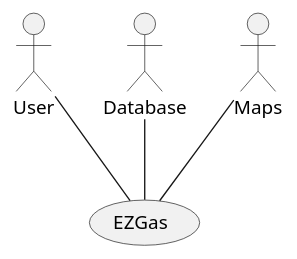
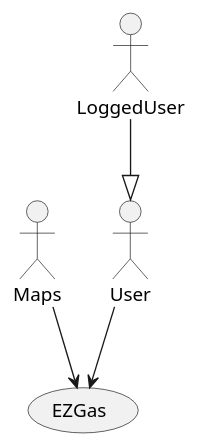
Before and after one commit to e-caste/SoftEng-EZGas: the first of 4 diagrams in docs/RequirementsDocument.md, drawn with PlantUML. The commit also changed other lines of this file, not shown here.

````diff
--- a/docs/RequirementsDocument.md
+++ b/docs/RequirementsDocument.md
@@ -43,10 +43,10 @@
 ```plantuml
 @startuml
 actor User as U
-actor Database as DB
 actor Maps as M
-U -- (EZGas)
-DB -- (EZGas)
-M -- (EZGas)
+actor LoggedUser as LU
+LU --|> U
+U --> (EZGas)
+M --> (EZGas)
 @enduml
 ```
````
